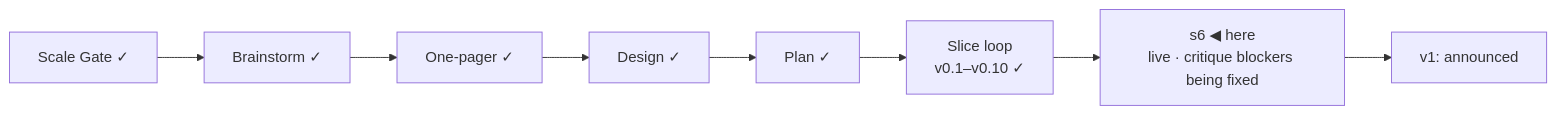
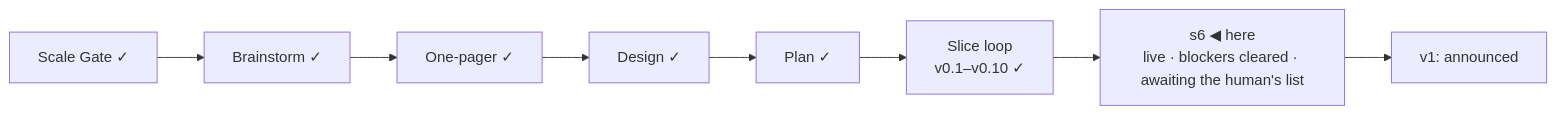
One commit to OytunOnal/permit-rulebook changed the diagram in STATUS.md. Above: the diagram before and after it, drawn with Mermaid. The commit also changed other lines of this file, not shown here.

Commit message:
STATUS: the build is done and read; v1 waits on the human's list

````diff
--- a/STATUS.md
+++ b/STATUS.md
@@ -14,7 +14,7 @@
 ```mermaid
 flowchart LR
     A[Scale Gate ✓] --> B[Brainstorm ✓] --> C[One-pager ✓] --> D[Design ✓] --> E[Plan ✓]
     E --> F["Slice loop<br/>v0.1–v0.10 ✓"]
-    F --> G["s6 ◀ here<br/>live · critique blockers being fixed"]
+    F --> G["s6 ◀ here<br/>live · blockers cleared · awaiting the human's list"]
     G --> H[v1: announced]
 ```
````
